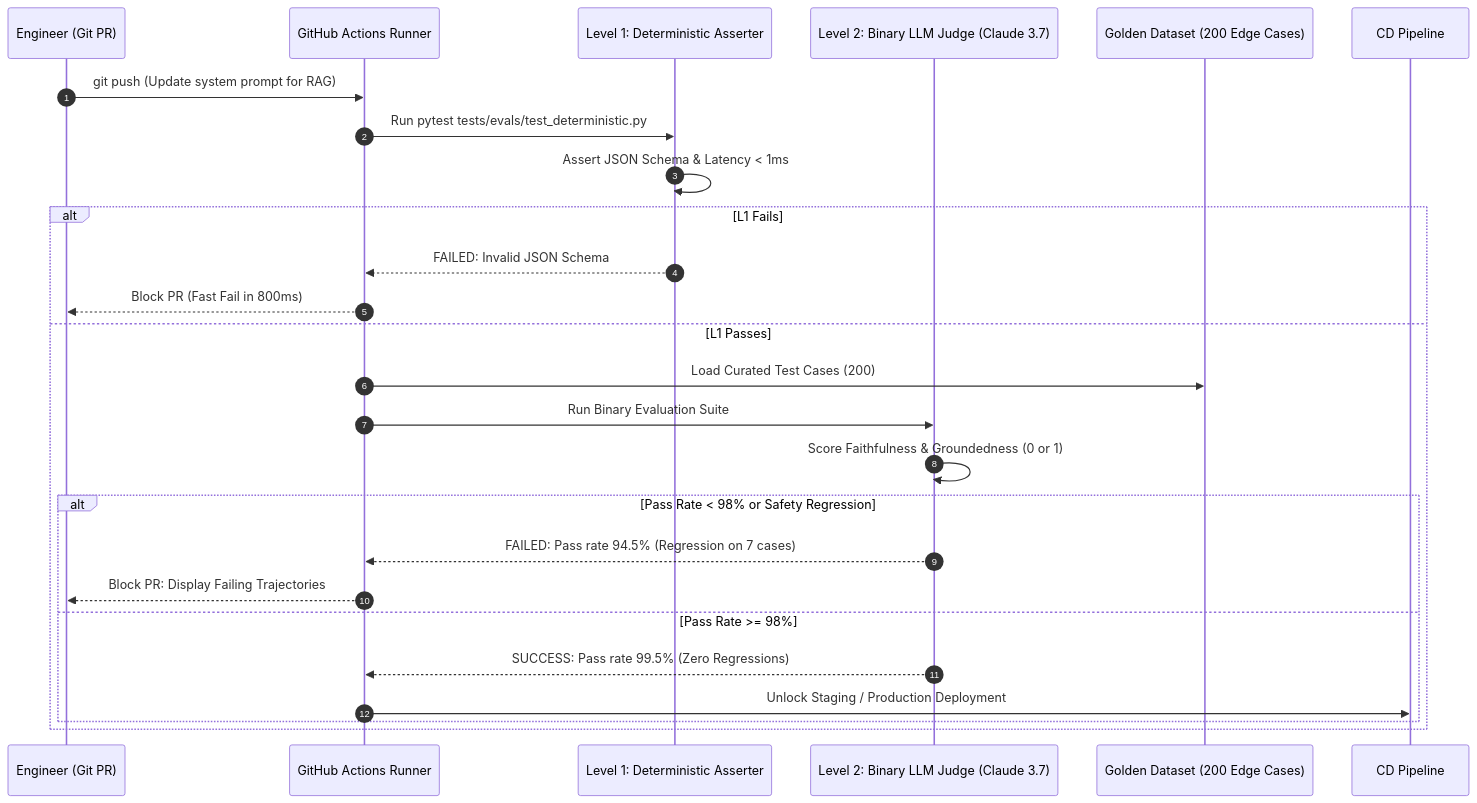
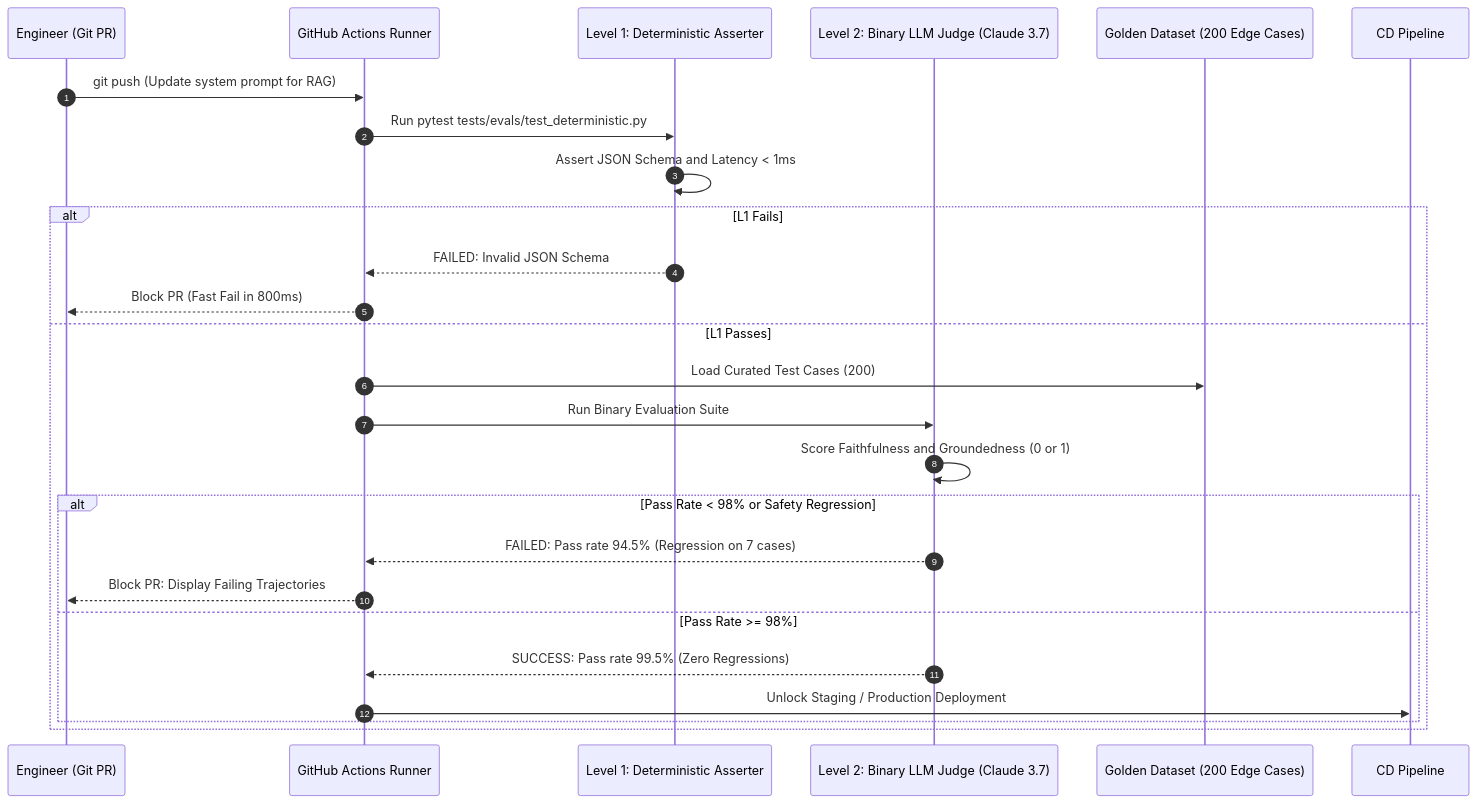
The second of 2 diagrams in use-cases/use-case-05-otel-evals-telemetry.md (dip4k/senior-engineer-to-ai-engineer-roadmap), drawn with Mermaid before and after one commit. The commit also changed 26 other files, not shown here.

````diff
--- a/use-cases/use-case-05-otel-evals-telemetry.md
+++ b/use-cases/use-case-05-otel-evals-telemetry.md
@@ -190,29 +190,29 @@
 ```mermaid
 sequenceDiagram
     autonumber
     participant Dev as Engineer (Git PR)
     participant CI as GitHub Actions Runner
     participant L1 as Level 1: Deterministic Asserter
     participant Judge as Level 2: Binary LLM Judge (Claude 3.7)
     participant Golden as Golden Dataset (200 Edge Cases)
     participant Deploy as CD Pipeline
 
     Dev->>CI: git push (Update system prompt for RAG)
     CI->>L1: Run pytest tests/evals/test_deterministic.py
-    L1->>L1: Assert JSON Schema & Latency < 1ms
+    L1->>L1: Assert JSON Schema and Latency < 1ms
     alt L1 Fails
         L1-->>CI: FAILED: Invalid JSON Schema
         CI-->>Dev: Block PR (Fast Fail in 800ms)
     else L1 Passes
         CI->>Golden: Load Curated Test Cases (200)
         CI->>Judge: Run Binary Evaluation Suite
-        Judge->>Judge: Score Faithfulness & Groundedness (0 or 1)
+        Judge->>Judge: Score Faithfulness and Groundedness (0 or 1)
         alt Pass Rate < 98% or Safety Regression
             Judge-->>CI: FAILED: Pass rate 94.5% (Regression on 7 cases)
             CI-->>Dev: Block PR: Display Failing Trajectories
         else Pass Rate >= 98%
             Judge-->>CI: SUCCESS: Pass rate 99.5% (Zero Regressions)
             CI->>Deploy: Unlock Staging / Production Deployment
         end
     end
 ```
````
